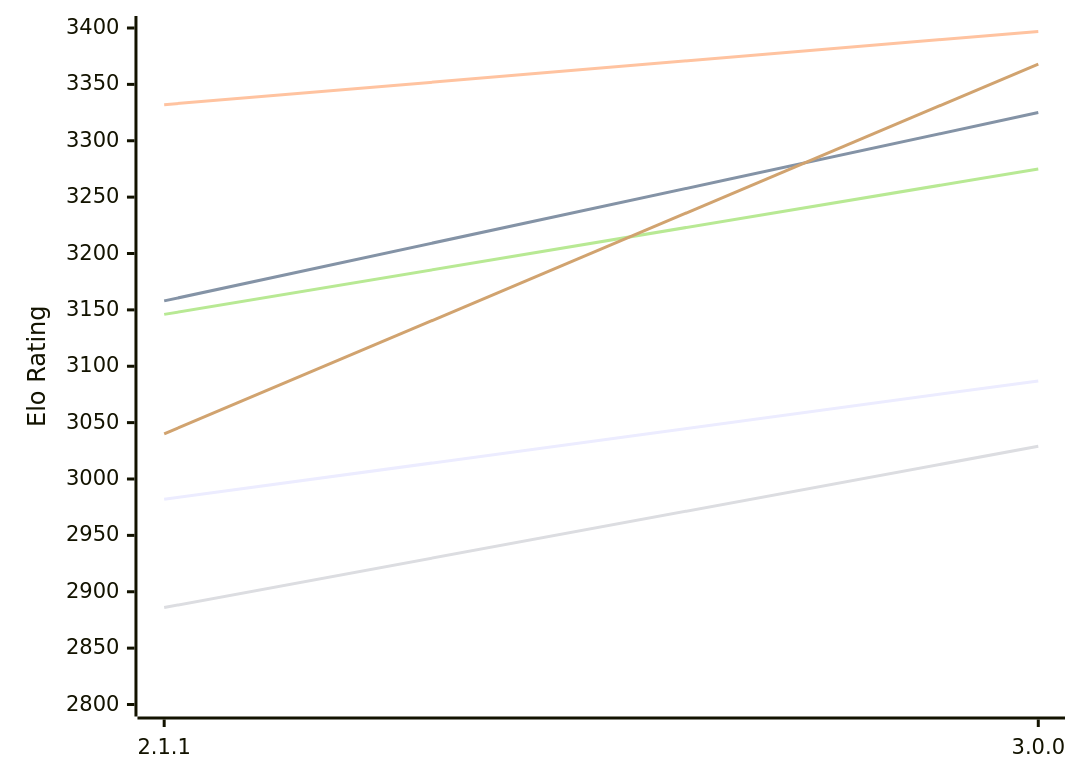
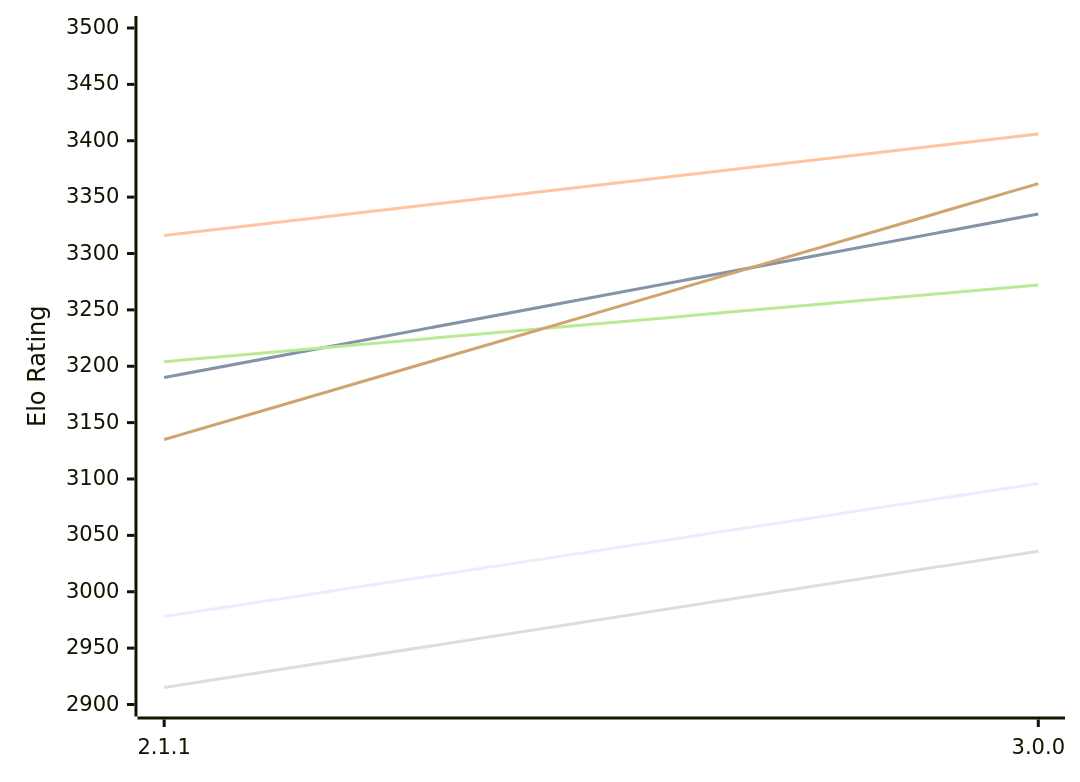
One commit to computer-chess-index/cci changed the first of 2 diagrams in engines/Bread.md. Above: the diagram before and after it, drawn with Mermaid. The commit also changed other lines of this file, not shown here.

Commit message:
Update CCI Ratings (ELO VLTC) - 2026-11-16

````diff
--- a/engines/Bread.md
+++ b/engines/Bread.md
@@ -51,12 +51,12 @@
 ```mermaid
 %%{init: {"theme":"base","themeVariables":{"seriesColors:['#a3a3a3','#222221','#faa371']}}}%%
 xychart-beta
   x-axis ["2.1.1", "3.0.0"]
-  y-axis "Elo Rating" 2800 --> 3400
-  line "E1: STC (8.0+0.08s)" [2982, 3087]
-  line "E1: LTC (60.0+0.60s)" [3158, 3325]
-  line "E1: VLTC (2m24s+1.12s)" [3332, 3397]
-  line "P1: STC (8.0+0.08s)" [2886, 3029]
-  line "P1: LTC (60.0+0.60s)" [3146, 3275]
-  line "P1: VLTC (2m24s+1.12s)" [3040, 3368]
+  y-axis "Elo Rating" 2900 --> 3500
+  line "E1: STC (8.0+0.08s)" [2978, 3096]
+  line "E1: LTC (60.0+0.60s)" [3190, 3335]
+  line "E1: VLTC (2m24s+1.12s)" [3316, 3406]
+  line "P1: STC (8.0+0.08s)" [2915, 3036]
+  line "P1: LTC (60.0+0.60s)" [3204, 3272]
+  line "P1: VLTC (2m24s+1.12s)" [3135, 3362]
 ```
````
